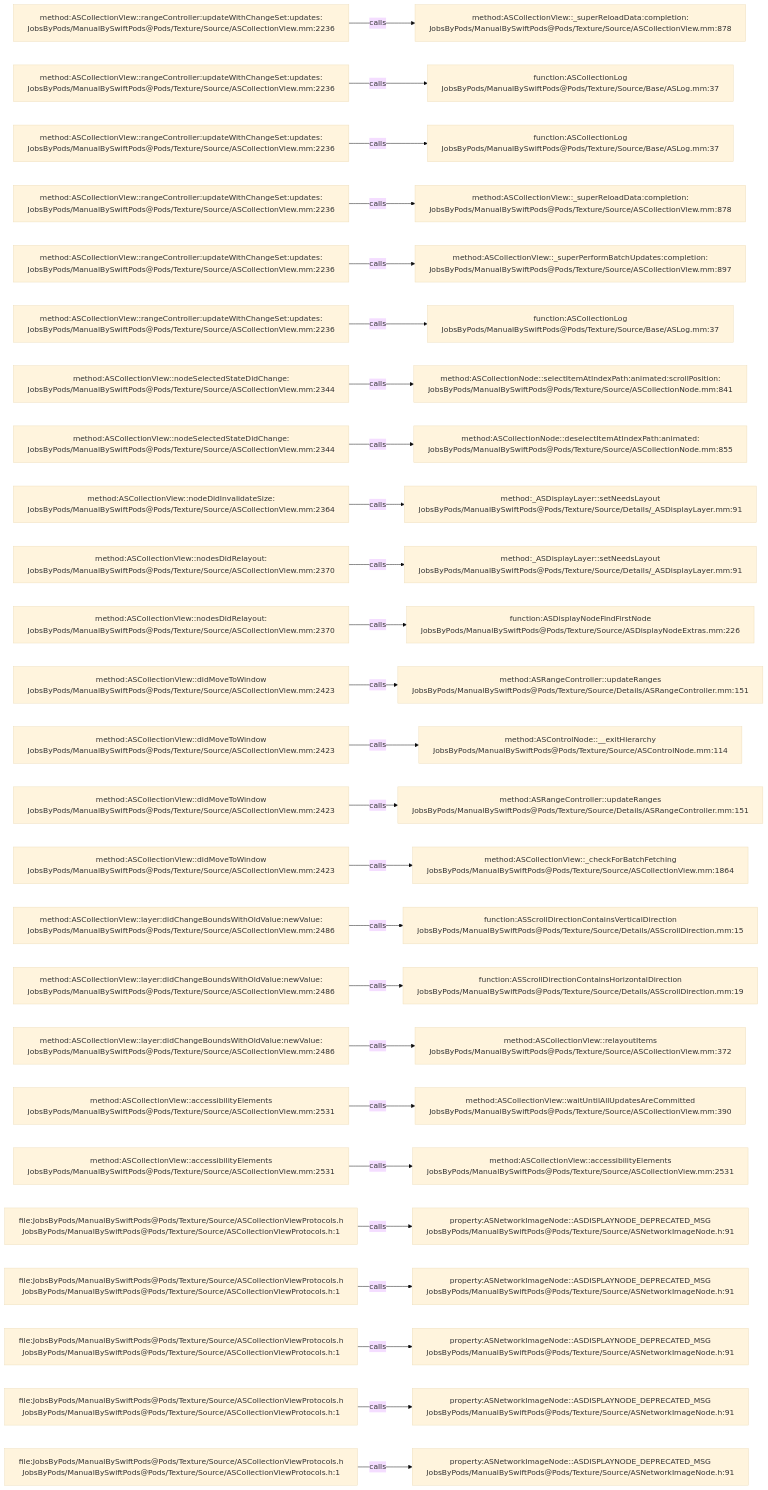
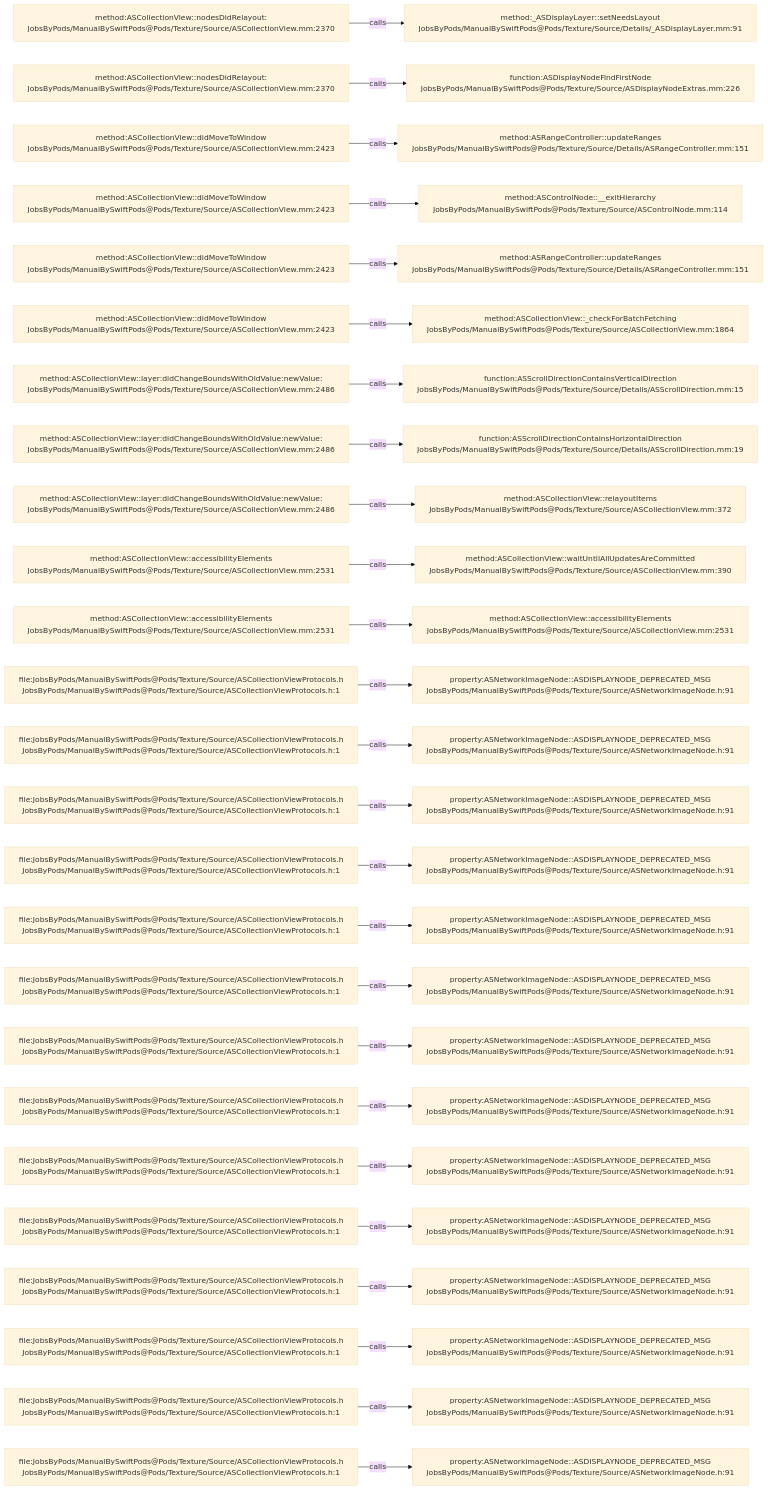
One commit to JobsKits/JobsSwiftBaseConfigDemo changed the diagram in .codegraph/codegraph.md/graphs/calls-015.md. Above: the diagram before and after it, drawn with Mermaid (base theme). The commit also changed 707 other files, not shown here.

````diff
--- a/.codegraph/codegraph.md/graphs/calls-015.md
+++ b/.codegraph/codegraph.md/graphs/calls-015.md
@@ -13,78 +13,78 @@
 ```mermaid
 flowchart LR
-  S1["method:ASCollectionView::rangeController:updateWithChangeSet:updates:<br/>JobsByPods/ManualBySwiftPods@Pods/Texture/Source/ASCollectionView.mm:2236"]
-  T1["method:ASCollectionView::_superReloadData:completion:<br/>JobsByPods/ManualBySwiftPods@Pods/Texture/Source/ASCollectionView.mm:878"]
+  S1["method:ASCollectionView::nodesDidRelayout:<br/>JobsByPods/ManualBySwiftPods@Pods/Texture/Source/ASCollectionView.mm:2370"]
+  T1["method:_ASDisplayLayer::setNeedsLayout<br/>JobsByPods/ManualBySwiftPods@Pods/Texture/Source/Details/_ASDisplayLayer.mm:91"]
   S1 -->|calls| T1
-  S2["method:ASCollectionView::rangeController:updateWithChangeSet:updates:<br/>JobsByPods/ManualBySwiftPods@Pods/Texture/Source/ASCollectionView.mm:2236"]
-  T2["function:ASCollectionLog<br/>JobsByPods/ManualBySwiftPods@Pods/Texture/Source/Base/ASLog.mm:37"]
+  S2["method:ASCollectionView::nodesDidRelayout:<br/>JobsByPods/ManualBySwiftPods@Pods/Texture/Source/ASCollectionView.mm:2370"]
+  T2["function:ASDisplayNodeFindFirstNode<br/>JobsByPods/ManualBySwiftPods@Pods/Texture/Source/ASDisplayNodeExtras.mm:226"]
   S2 -->|calls| T2
-  S3["method:ASCollectionView::rangeController:updateWithChangeSet:updates:<br/>JobsByPods/ManualBySwiftPods@Pods/Texture/Source/ASCollectionView.mm:2236"]
-  T3["function:ASCollectionLog<br/>JobsByPods/ManualBySwiftPods@Pods/Texture/Source/Base/ASLog.mm:37"]
+  S3["method:ASCollectionView::didMoveToWindow<br/>JobsByPods/ManualBySwiftPods@Pods/Texture/Source/ASCollectionView.mm:2423"]
+  T3["method:ASRangeController::updateRanges<br/>JobsByPods/ManualBySwiftPods@Pods/Texture/Source/Details/ASRangeController.mm:151"]
   S3 -->|calls| T3
-  S4["method:ASCollectionView::rangeController:updateWithChangeSet:updates:<br/>JobsByPods/ManualBySwiftPods@Pods/Texture/Source/ASCollectionView.mm:2236"]
-  T4["method:ASCollectionView::_superReloadData:completion:<br/>JobsByPods/ManualBySwiftPods@Pods/Texture/Source/ASCollectionView.mm:878"]
+  S4["method:ASCollectionView::didMoveToWindow<br/>JobsByPods/ManualBySwiftPods@Pods/Texture/Source/ASCollectionView.mm:2423"]
+  T4["method:ASControlNode::__exitHierarchy<br/>JobsByPods/ManualBySwiftPods@Pods/Texture/Source/ASControlNode.mm:114"]
   S4 -->|calls| T4
-  S5["method:ASCollectionView::rangeController:updateWithChangeSet:updates:<br/>JobsByPods/ManualBySwiftPods@Pods/Texture/Source/ASCollectionView.mm:2236"]
-  T5["method:ASCollectionView::_superPerformBatchUpdates:completion:<br/>JobsByPods/ManualBySwiftPods@Pods/Texture/Source/ASCollectionView.mm:897"]
+  S5["method:ASCollectionView::didMoveToWindow<br/>JobsByPods/ManualBySwiftPods@Pods/Texture/Source/ASCollectionView.mm:2423"]
+  T5["method:ASRangeController::updateRanges<br/>JobsByPods/ManualBySwiftPods@Pods/Texture/Source/Details/ASRangeController.mm:151"]
   S5 -->|calls| T5
-  S6["method:ASCollectionView::rangeController:updateWithChangeSet:updates:<br/>JobsByPods/ManualBySwiftPods@Pods/Texture/Source/ASCollectionView.mm:2236"]
-  T6["function:ASCollectionLog<br/>JobsByPods/ManualBySwiftPods@Pods/Texture/Source/Base/ASLog.mm:37"]
+  S6["method:ASCollectionView::didMoveToWindow<br/>JobsByPods/ManualBySwiftPods@Pods/Texture/Source/ASCollectionView.mm:2423"]
+  T6["method:ASCollectionView::_checkForBatchFetching<br/>JobsByPods/ManualBySwiftPods@Pods/Texture/Source/ASCollectionView.mm:1864"]
   S6 -->|calls| T6
-  S7["method:ASCollectionView::nodeSelectedStateDidChange:<br/>JobsByPods/ManualBySwiftPods@Pods/Texture/Source/ASCollectionView.mm:2344"]
-  T7["method:ASCollectionNode::selectItemAtIndexPath:animated:scrollPosition:<br/>JobsByPods/ManualBySwiftPods@Pods/Texture/Source/ASCollectionNode.mm:841"]
+  S7["method:ASCollectionView::layer:didChangeBoundsWithOldValue:newValue:<br/>JobsByPods/ManualBySwiftPods@Pods/Texture/Source/ASCollectionView.mm:2486"]
+  T7["function:ASScrollDirectionContainsVerticalDirection<br/>JobsByPods/ManualBySwiftPods@Pods/Texture/Source/Details/ASScrollDirection.mm:15"]
   S7 -->|calls| T7
-  S8["method:ASCollectionView::nodeSelectedStateDidChange:<br/>JobsByPods/ManualBySwiftPods@Pods/Texture/Source/ASCollectionView.mm:2344"]
-  T8["method:ASCollectionNode::deselectItemAtIndexPath:animated:<br/>JobsByPods/ManualBySwiftPods@Pods/Texture/Source/ASCollectionNode.mm:855"]
+  S8["method:ASCollectionView::layer:didChangeBoundsWithOldValue:newValue:<br/>JobsByPods/ManualBySwiftPods@Pods/Texture/Source/ASCollectionView.mm:2486"]
+  T8["function:ASScrollDirectionContainsHorizontalDirection<br/>JobsByPods/ManualBySwiftPods@Pods/Texture/Source/Details/ASScrollDirection.mm:19"]
   S8 -->|calls| T8
-  S9["method:ASCollectionView::nodeDidInvalidateSize:<br/>JobsByPods/ManualBySwiftPods@Pods/Texture/Source/ASCollectionView.mm:2364"]
-  T9["method:_ASDisplayLayer::setNeedsLayout<br/>JobsByPods/ManualBySwiftPods@Pods/Texture/Source/Details/_ASDisplayLayer.mm:91"]
+  S9["method:ASCollectionView::layer:didChangeBoundsWithOldValue:newValue:<br/>JobsByPods/ManualBySwiftPods@Pods/Texture/Source/ASCollectionView.mm:2486"]
+  T9["method:ASCollectionView::relayoutItems<br/>JobsByPods/ManualBySwiftPods@Pods/Texture/Source/ASCollectionView.mm:372"]
   S9 -->|calls| T9
-  S10["method:ASCollectionView::nodesDidRelayout:<br/>JobsByPods/ManualBySwiftPods@Pods/Texture/Source/ASCollectionView.mm:2370"]
-  T10["method:_ASDisplayLayer::setNeedsLayout<br/>JobsByPods/ManualBySwiftPods@Pods/Texture/Source/Details/_ASDisplayLayer.mm:91"]
+  S10["method:ASCollectionView::accessibilityElements<br/>JobsByPods/ManualBySwiftPods@Pods/Texture/Source/ASCollectionView.mm:2531"]
+  T10["method:ASCollectionView::waitUntilAllUpdatesAreCommitted<br/>JobsByPods/ManualBySwiftPods@Pods/Texture/Source/ASCollectionView.mm:390"]
   S10 -->|calls| T10
-  S11["method:ASCollectionView::nodesDidRelayout:<br/>JobsByPods/ManualBySwiftPods@Pods/Texture/Source/ASCollectionView.mm:2370"]
-  T11["function:ASDisplayNodeFindFirstNode<br/>JobsByPods/ManualBySwiftPods@Pods/Texture/Source/ASDisplayNodeExtras.mm:226"]
+  S11["method:ASCollectionView::accessibilityElements<br/>JobsByPods/ManualBySwiftPods@Pods/Texture/Source/ASCollectionView.mm:2531"]
+  T11["method:ASCollectionView::accessibilityElements<br/>JobsByPods/ManualBySwiftPods@Pods/Texture/Source/ASCollectionView.mm:2531"]
   S11 -->|calls| T11
-  S12["method:ASCollectionView::didMoveToWindow<br/>JobsByPods/ManualBySwiftPods@Pods/Texture/Source/ASCollectionView.mm:2423"]
-  T12["method:ASRangeController::updateRanges<br/>JobsByPods/ManualBySwiftPods@Pods/Texture/Source/Details/ASRangeController.mm:151"]
+  S12["file:JobsByPods/ManualBySwiftPods@Pods/Texture/Source/ASCollectionViewProtocols.h<br/>JobsByPods/ManualBySwiftPods@Pods/Texture/Source/ASCollectionViewProtocols.h:1"]
+  T12["property:ASNetworkImageNode::ASDISPLAYNODE_DEPRECATED_MSG<br/>JobsByPods/ManualBySwiftPods@Pods/Texture/Source/ASNetworkImageNode.h:91"]
   S12 -->|calls| T12
-  S13["method:ASCollectionView::didMoveToWindow<br/>JobsByPods/ManualBySwiftPods@Pods/Texture/Source/ASCollectionView.mm:2423"]
-  T13["method:ASControlNode::__exitHierarchy<br/>JobsByPods/ManualBySwiftPods@Pods/Texture/Source/ASControlNode.mm:114"]
+  S13["file:JobsByPods/ManualBySwiftPods@Pods/Texture/Source/ASCollectionViewProtocols.h<br/>JobsByPods/ManualBySwiftPods@Pods/Texture/Source/ASCollectionViewProtocols.h:1"]
+  T13["property:ASNetworkImageNode::ASDISPLAYNODE_DEPRECATED_MSG<br/>JobsByPods/ManualBySwiftPods@Pods/Texture/Source/ASNetworkImageNode.h:91"]
   S13 -->|calls| T13
-  S14["method:ASCollectionView::didMoveToWindow<br/>JobsByPods/ManualBySwiftPods@Pods/Texture/Source/ASCollectionView.mm:2423"]
-  T14["method:ASRangeController::updateRanges<br/>JobsByPods/ManualBySwiftPods@Pods/Texture/Source/Details/ASRangeController.mm:151"]
+  S14["file:JobsByPods/ManualBySwiftPods@Pods/Texture/Source/ASCollectionViewProtocols.h<br/>JobsByPods/ManualBySwiftPods@Pods/Texture/Source/ASCollectionViewProtocols.h:1"]
+  T14["property:ASNetworkImageNode::ASDISPLAYNODE_DEPRECATED_MSG<br/>JobsByPods/ManualBySwiftPods@Pods/Texture/Source/ASNetworkImageNode.h:91"]
   S14 -->|calls| T14
-  S15["method:ASCollectionView::didMoveToWindow<br/>JobsByPods/ManualBySwiftPods@Pods/Texture/Source/ASCollectionView.mm:2423"]
-  T15["method:ASCollectionView::_checkForBatchFetching<br/>JobsByPods/ManualBySwiftPods@Pods/Texture/Source/ASCollectionView.mm:1864"]
+  S15["file:JobsByPods/ManualBySwiftPods@Pods/Texture/Source/ASCollectionViewProtocols.h<br/>JobsByPods/ManualBySwiftPods@Pods/Texture/Source/ASCollectionViewProtocols.h:1"]
+  T15["property:ASNetworkImageNode::ASDISPLAYNODE_DEPRECATED_MSG<br/>JobsByPods/ManualBySwiftPods@Pods/Texture/Source/ASNetworkImageNode.h:91"]
   S15 -->|calls| T15
-  S16["method:ASCollectionView::layer:didChangeBoundsWithOldValue:newValue:<br/>JobsByPods/ManualBySwiftPods@Pods/Texture/Source/ASCollectionView.mm:2486"]
-  T16["function:ASScrollDirectionContainsVerticalDirection<br/>JobsByPods/ManualBySwiftPods@Pods/Texture/Source/Details/ASScrollDirection.mm:15"]
+  S16["file:JobsByPods/ManualBySwiftPods@Pods/Texture/Source/ASCollectionViewProtocols.h<br/>JobsByPods/ManualBySwiftPods@Pods/Texture/Source/ASCollectionViewProtocols.h:1"]
+  T16["property:ASNetworkImageNode::ASDISPLAYNODE_DEPRECATED_MSG<br/>JobsByPods/ManualBySwiftPods@Pods/Texture/Source/ASNetworkImageNode.h:91"]
   S16 -->|calls| T16
-  S17["method:ASCollectionView::layer:didChangeBoundsWithOldValue:newValue:<br/>JobsByPods/ManualBySwiftPods@Pods/Texture/Source/ASCollectionView.mm:2486"]
-  T17["function:ASScrollDirectionContainsHorizontalDirection<br/>JobsByPods/ManualBySwiftPods@Pods/Texture/Source/Details/ASScrollDirection.mm:19"]
+  S17["file:JobsByPods/ManualBySwiftPods@Pods/Texture/Source/ASCollectionViewProtocols.h<br/>JobsByPods/ManualBySwiftPods@Pods/Texture/Source/ASCollectionViewProtocols.h:1"]
+  T17["property:ASNetworkImageNode::ASDISPLAYNODE_DEPRECATED_MSG<br/>JobsByPods/ManualBySwiftPods@Pods/Texture/Source/ASNetworkImageNode.h:91"]
   S17 -->|calls| T17
-  S18["method:ASCollectionView::layer:didChangeBoundsWithOldValue:newValue:<br/>JobsByPods/ManualBySwiftPods@Pods/Texture/Source/ASCollectionView.mm:2486"]
-  T18["method:ASCollectionView::relayoutItems<br/>JobsByPods/ManualBySwiftPods@Pods/Texture/Source/ASCollectionView.mm:372"]
+  S18["file:JobsByPods/ManualBySwiftPods@Pods/Texture/Source/ASCollectionViewProtocols.h<br/>JobsByPods/ManualBySwiftPods@Pods/Texture/Source/ASCollectionViewProtocols.h:1"]
+  T18["property:ASNetworkImageNode::ASDISPLAYNODE_DEPRECATED_MSG<br/>JobsByPods/ManualBySwiftPods@Pods/Texture/Source/ASNetworkImageNode.h:91"]
   S18 -->|calls| T18
-  S19["method:ASCollectionView::accessibilityElements<br/>JobsByPods/ManualBySwiftPods@Pods/Texture/Source/ASCollectionView.mm:2531"]
-  T19["method:ASCollectionView::waitUntilAllUpdatesAreCommitted<br/>JobsByPods/ManualBySwiftPods@Pods/Texture/Source/ASCollectionView.mm:390"]
+  S19["file:JobsByPods/ManualBySwiftPods@Pods/Texture/Source/ASCollectionViewProtocols.h<br/>JobsByPods/ManualBySwiftPods@Pods/Texture/Source/ASCollectionViewProtocols.h:1"]
+  T19["property:ASNetworkImageNode::ASDISPLAYNODE_DEPRECATED_MSG<br/>JobsByPods/ManualBySwiftPods@Pods/Texture/Source/ASNetworkImageNode.h:91"]
   S19 -->|calls| T19
-  S20["method:ASCollectionView::accessibilityElements<br/>JobsByPods/ManualBySwiftPods@Pods/Texture/Source/ASCollectionView.mm:2531"]
-  T20["method:ASCollectionView::accessibilityElements<br/>JobsByPods/ManualBySwiftPods@Pods/Texture/Source/ASCollectionView.mm:2531"]
+  S20["file:JobsByPods/ManualBySwiftPods@Pods/Texture/Source/ASCollectionViewProtocols.h<br/>JobsByPods/ManualBySwiftPods@Pods/Texture/Source/ASCollectionViewProtocols.h:1"]
+  T20["property:ASNetworkImageNode::ASDISPLAYNODE_DEPRECATED_MSG<br/>JobsByPods/ManualBySwiftPods@Pods/Texture/Source/ASNetworkImageNode.h:91"]
   S20 -->|calls| T20
   S21["file:JobsByPods/ManualBySwiftPods@Pods/Texture/Source/ASCollectionViewProtocols.h<br/>JobsByPods/ManualBySwiftPods@Pods/Texture/Source/ASCollectionViewProtocols.h:1"]
   T21["property:ASNetworkImageNode::ASDISPLAYNODE_DEPRECATED_MSG<br/>JobsByPods/ManualBySwiftPods@Pods/Texture/Source/ASNetworkImageNode.h:91"]
   S21 -->|calls| T21
   S22["file:JobsByPods/ManualBySwiftPods@Pods/Texture/Source/ASCollectionViewProtocols.h<br/>JobsByPods/ManualBySwiftPods@Pods/Texture/Source/ASCollectionViewProtocols.h:1"]
   T22["property:ASNetworkImageNode::ASDISPLAYNODE_DEPRECATED_MSG<br/>JobsByPods/ManualBySwiftPods@Pods/Texture/Source/ASNetworkImageNode.h:91"]
   S22 -->|calls| T22
   S23["file:JobsByPods/ManualBySwiftPods@Pods/Texture/Source/ASCollectionViewProtocols.h<br/>JobsByPods/ManualBySwiftPods@Pods/Texture/Source/ASCollectionViewProtocols.h:1"]
   T23["property:ASNetworkImageNode::ASDISPLAYNODE_DEPRECATED_MSG<br/>JobsByPods/ManualBySwiftPods@Pods/Texture/Source/ASNetworkImageNode.h:91"]
   S23 -->|calls| T23
   S24["file:JobsByPods/ManualBySwiftPods@Pods/Texture/Source/ASCollectionViewProtocols.h<br/>JobsByPods/ManualBySwiftPods@Pods/Texture/Source/ASCollectionViewProtocols.h:1"]
   T24["property:ASNetworkImageNode::ASDISPLAYNODE_DEPRECATED_MSG<br/>JobsByPods/ManualBySwiftPods@Pods/Texture/Source/ASNetworkImageNode.h:91"]
   S24 -->|calls| T24
   S25["file:JobsByPods/ManualBySwiftPods@Pods/Texture/Source/ASCollectionViewProtocols.h<br/>JobsByPods/ManualBySwiftPods@Pods/Texture/Source/ASCollectionViewProtocols.h:1"]
   T25["property:ASNetworkImageNode::ASDISPLAYNODE_DEPRECATED_MSG<br/>JobsByPods/ManualBySwiftPods@Pods/Texture/Source/ASNetworkImageNode.h:91"]
   S25 -->|calls| T25
 ```
````
